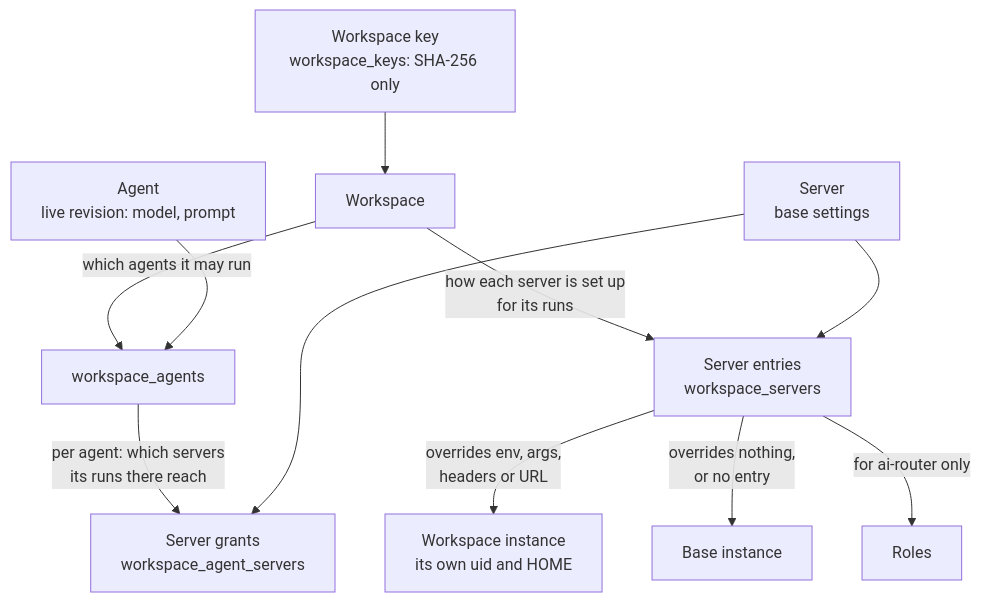
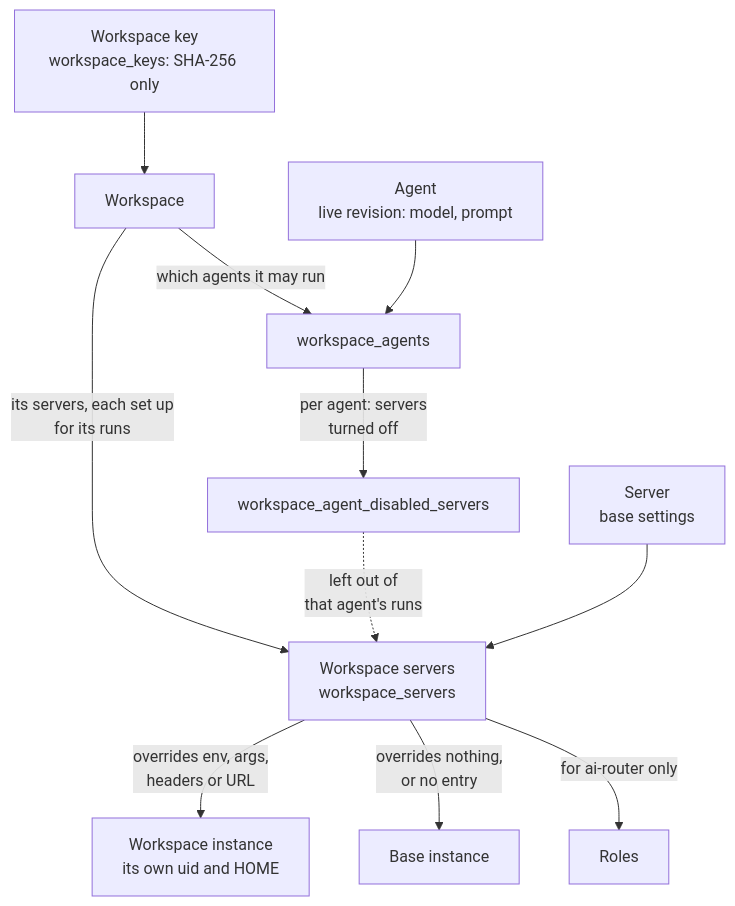
One commit to cubicecho/ai-router changed the second of 14 diagrams in HOW-IT-WORKS.md. Above: the diagram before and after it, drawn with Mermaid. The commit also changed other lines of this file and 35 other files, not shown here.

First line of the commit message:
feat(workspaces): every agent reaches the workspace's servers unless turned off

````diff
--- a/HOW-IT-WORKS.md
+++ b/HOW-IT-WORKS.md
@@ -92,16 +93,16 @@
 ```mermaid
 flowchart TB
   key["Workspace key<br/>workspace_keys: SHA-256 only"] --> ws["Workspace"]
 
   ws -- "which agents it may run" --> wa["workspace_agents"]
-  wa -- "per agent: which servers<br/>its runs there reach" --> grant["Server grants<br/>workspace_agent_servers"]
-  ws -- "how each server is set up<br/>for its runs" --> entry["Server entries<br/>workspace_servers"]
+  ws -- "its servers, each set up<br/>for its runs" --> entry["Workspace servers<br/>workspace_servers"]
+  wa -- "per agent: servers<br/>turned off" --> off["workspace_agent_disabled_servers"]
+  off -. "left out of<br/>that agent's runs" .-> entry
 
   agent["Agent<br/>live revision: model, prompt"] --> wa
-  server["Server<br/>base settings"] --> grant
-  server --> entry
+  server["Server<br/>base settings"] --> entry
 
   entry -- "overrides env, args,<br/>headers or URL" --> wsinst["Workspace instance<br/>its own uid and HOME"]
   entry -- "overrides nothing,<br/>or no entry" --> base["Base instance"]
   entry -- "for ai-router only" --> roles["Roles"]
 ```
````
